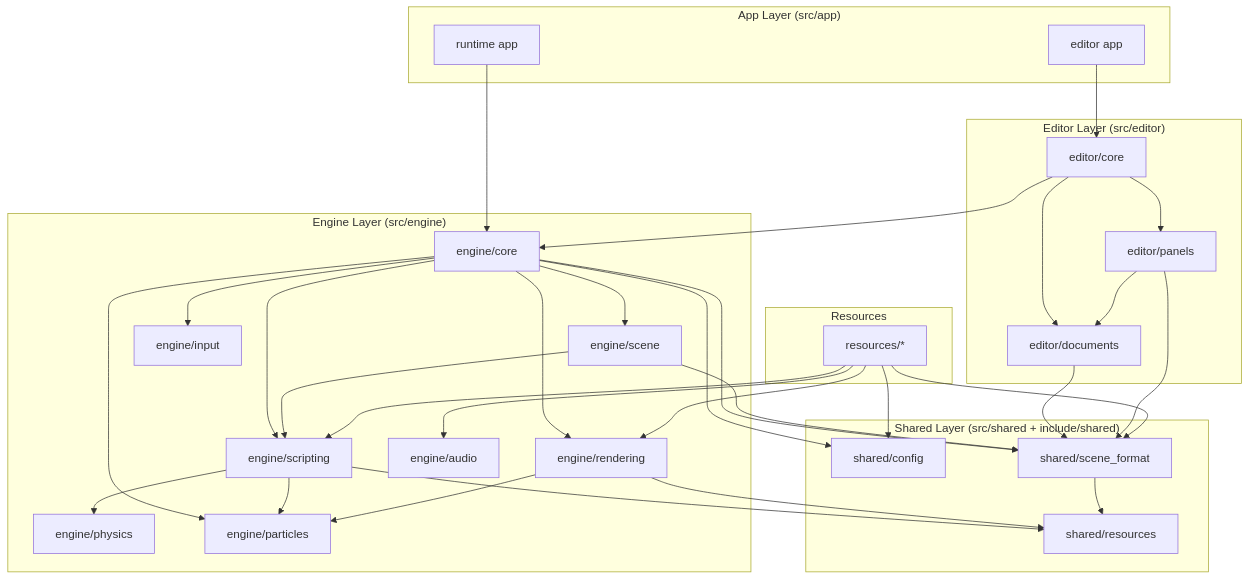
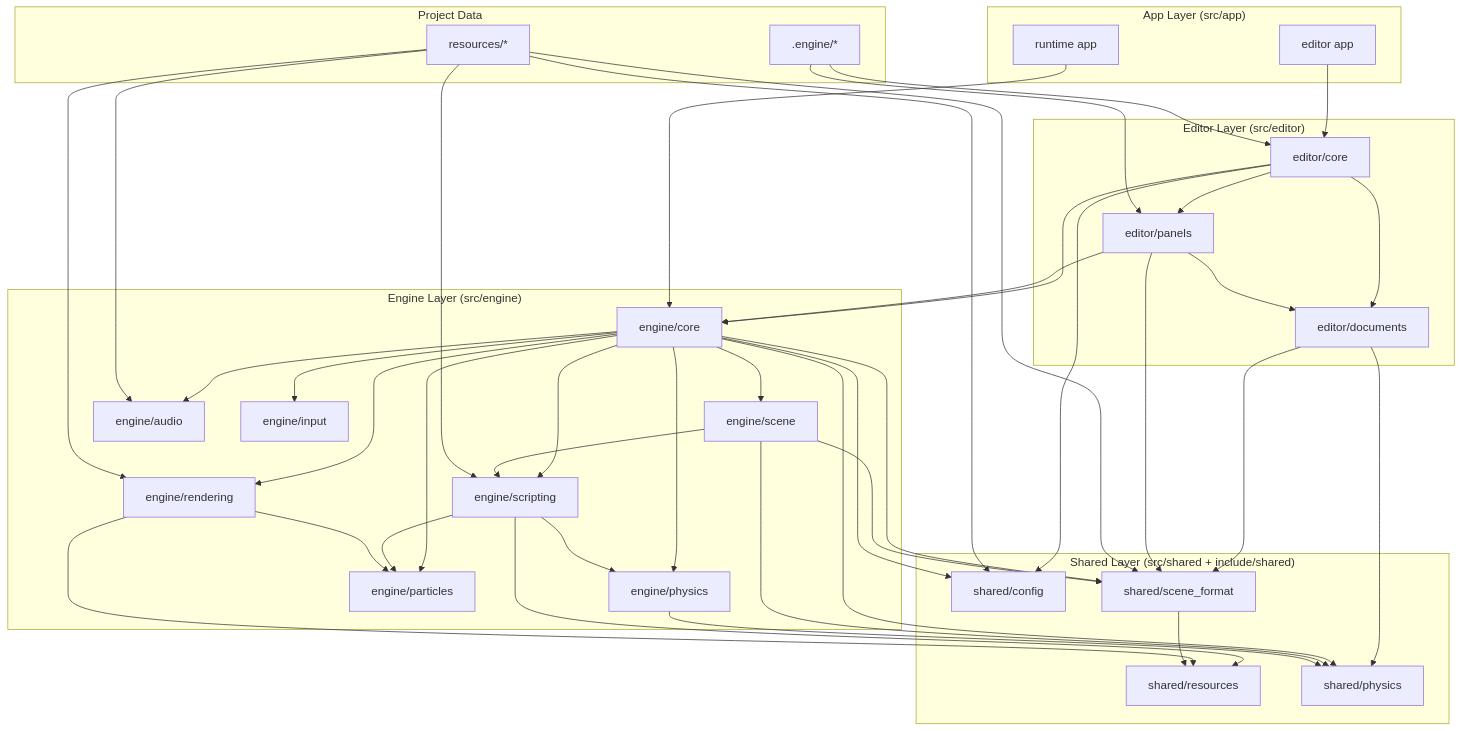
The diagram in docs/architecture/module-dependency.md (qiulinfan/pocketEngine), drawn with Mermaid before and after one commit. The commit also changed other lines of this file and 5 other files, not shown here.

````diff
--- a/docs/architecture/module-dependency.md
+++ b/docs/architecture/module-dependency.md
@@ -7,68 +1,80 @@
 ```mermaid
 graph TD
     subgraph App["App Layer (src/app)"]
-        RuntimeApp[runtime app]
-        EditorApp[editor app]
+        RuntimeApp["runtime app"]
+        EditorApp["editor app"]
     end
 
     subgraph Editor["Editor Layer (src/editor)"]
-        EditorCore[editor/core]
-        EditorDoc[editor/documents]
-        EditorPanels[editor/panels]
+        EditorCore["editor/core"]
+        EditorDoc["editor/documents"]
+        EditorPanels["editor/panels"]
     end
 
     subgraph Engine["Engine Layer (src/engine)"]
-        EngineCore[engine/core]
-        EngineScene[engine/scene]
-        EngineScript[engine/scripting]
-        EngineRender[engine/rendering]
-        EnginePhysics[engine/physics]
-        EngineParticles[engine/particles]
-        EngineAudio[engine/audio]
-        EngineInput[engine/input]
+        EngineCore["engine/core"]
+        EngineScene["engine/scene"]
+        EngineScript["engine/scripting"]
+        EngineRender["engine/rendering"]
+        EnginePhysics["engine/physics"]
+        EngineParticles["engine/particles"]
+        EngineAudio["engine/audio"]
+        EngineInput["engine/input"]
     end
 
     subgraph Shared["Shared Layer (src/shared + include/shared)"]
-        SharedConfig[shared/config]
-        SharedSceneFormat[shared/scene_format]
-        SharedResource[shared/resources]
+        SharedConfig["shared/config"]
+        SharedSceneFormat["shared/scene_format"]
+        SharedResource["shared/resources"]
+        SharedPhysics["shared/physics"]
     end
 
-    subgraph Assets["Resources"]
-        Resources[resources/*]
+    subgraph Assets["Project Data"]
+        Resources["resources/*"]
+        EnginePrivate[".engine/*"]
     end
 
     RuntimeApp --> EngineCore
     EditorApp --> EditorCore
     EditorCore --> EditorDoc
     EditorCore --> EditorPanels
     EditorCore --> EngineCore
+    EditorCore --> SharedConfig
 
     EditorDoc --> SharedSceneFormat
+    EditorDoc --> SharedPhysics
     EditorPanels --> EditorDoc
     EditorPanels --> SharedSceneFormat
+    EditorPanels --> EngineCore
 
     EngineCore --> EngineScene
     EngineCore --> EngineScript
     EngineCore --> EngineRender
+    EngineCore --> EnginePhysics
     EngineCore --> EngineParticles
+    EngineCore --> EngineAudio
     EngineCore --> EngineInput
     EngineCore --> SharedConfig
+    EngineCore --> SharedPhysics
     EngineCore --> SharedSceneFormat
 
     EngineScene --> EngineScript
     EngineScene --> SharedSceneFormat
+    EngineScene --> SharedPhysics
     EngineScript --> EnginePhysics
     EngineScript --> EngineParticles
     EngineScript --> SharedResource
     EngineRender --> EngineParticles
     EngineRender --> SharedResource
+    EnginePhysics --> SharedPhysics
 
     SharedSceneFormat --> SharedResource
 
     Resources --> SharedConfig
     Resources --> SharedSceneFormat
     Resources --> EngineScript
     Resources --> EngineRender
     Resources --> EngineAudio
+    EnginePrivate --> EditorCore
+    EnginePrivate --> EditorPanels
 ```
````
